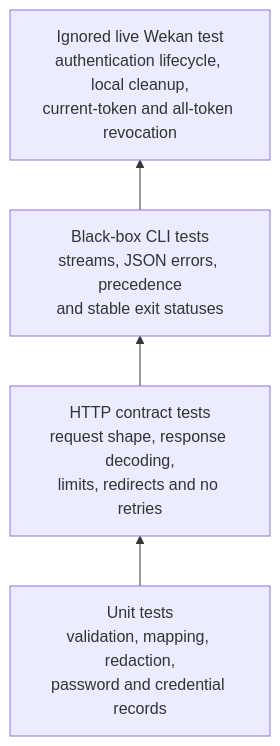
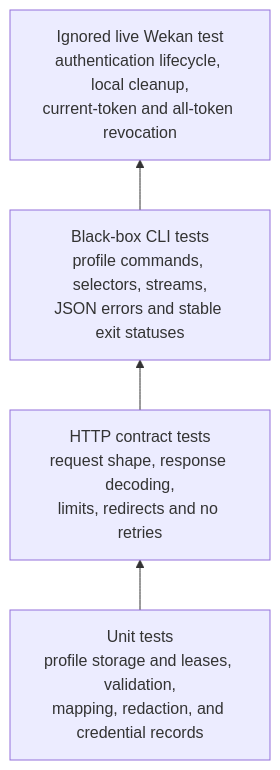
Before and after one commit to AhmedLukman/wekan-cli: diagram 11 of 11 in docs/auth-architecture.md, drawn with Mermaid. The commit also changed other lines of this file and 35 other files, not shown here.

````diff
--- a/docs/auth-architecture.md
+++ b/docs/auth-architecture.md
@@ -418,9 +466,9 @@
 ```mermaid
 flowchart BT
-    unit[Unit tests<br/>validation, mapping, redaction,<br/>password and credential records]
+    unit[Unit tests<br/>profile storage and leases, validation,<br/>mapping, redaction, and credential records]
     contract[HTTP contract tests<br/>request shape, response decoding,<br/>limits, redirects and no retries]
-    cli[Black-box CLI tests<br/>streams, JSON errors, precedence<br/>and stable exit statuses]
+    cli[Black-box CLI tests<br/>profile commands, selectors, streams,<br/>JSON errors and stable exit statuses]
     e2e[Ignored live Wekan test<br/>authentication lifecycle, local cleanup,<br/>current-token and all-token revocation]
 
     unit --> contract --> cli --> e2e
 ```
````
